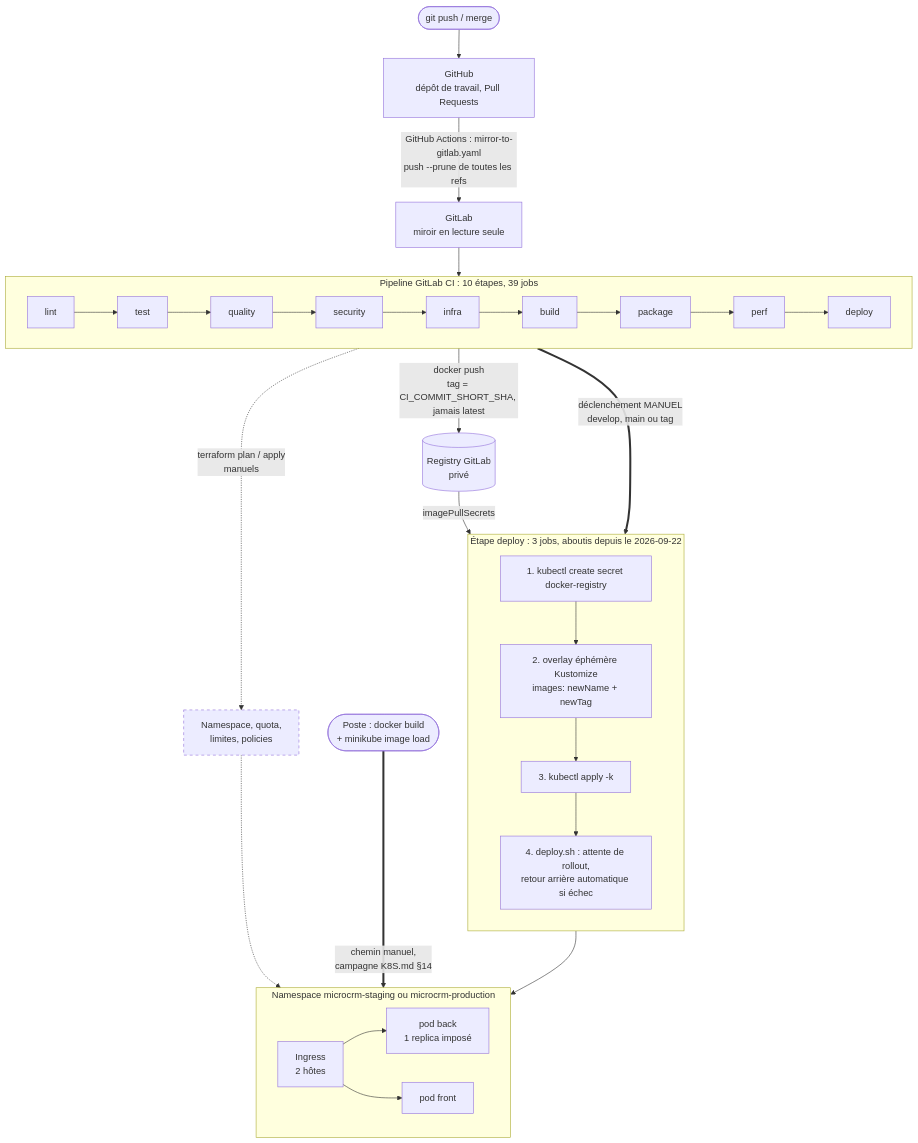
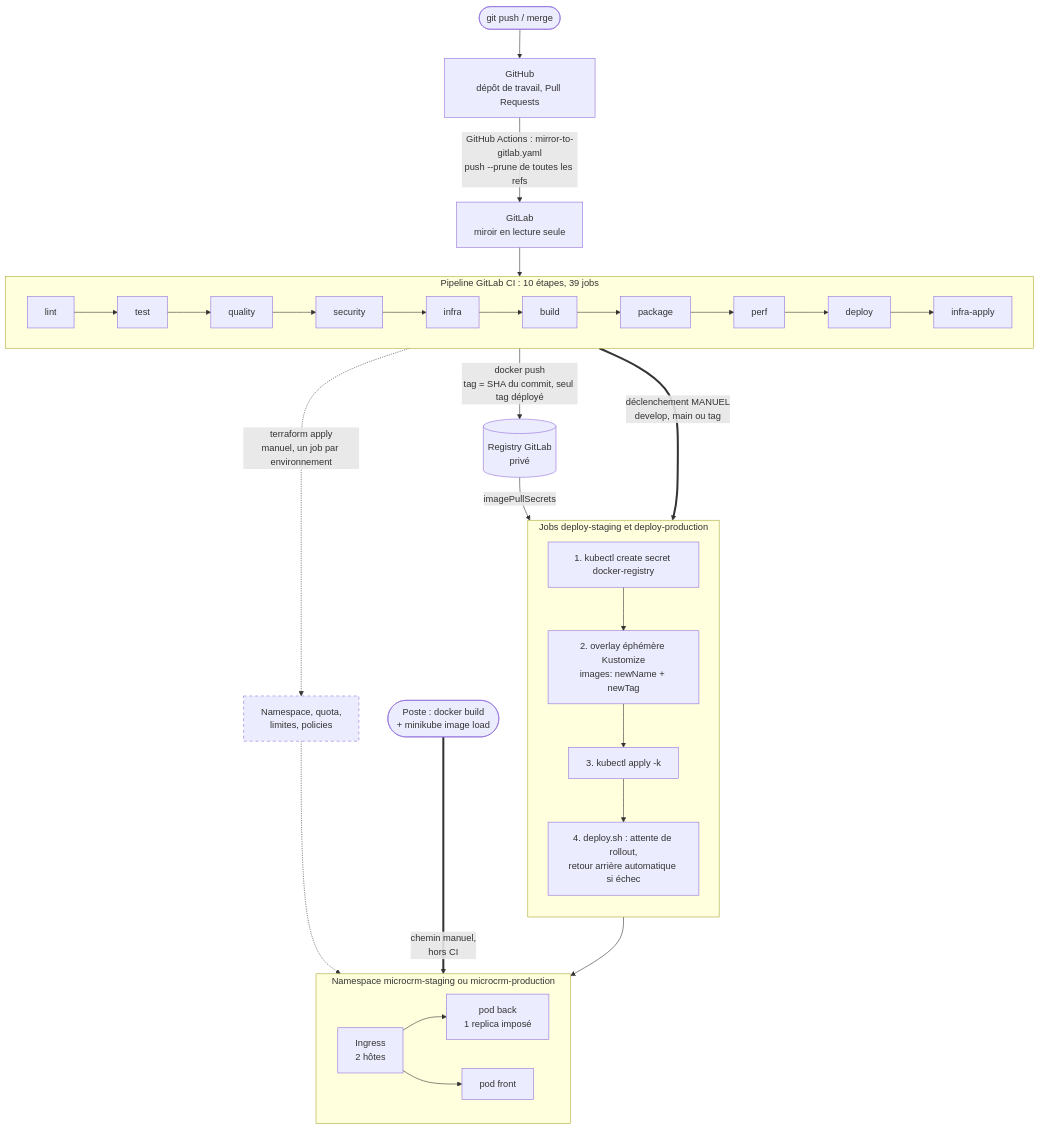
One commit to TedPasquiet/G-rez-le-cycle-de-vie-de-d-veloppement-logiciel changed the sixth of 9 diagrams in ARCHITECTURE.md. Above: the diagram before and after it, drawn with Mermaid. The commit also changed other lines of this file and 27 other files, not shown here.

````diff
--- a/ARCHITECTURE.md
+++ b/ARCHITECTURE.md
@@ -299,43 +304,43 @@
 ```mermaid
 flowchart TB
     dev(["git push / merge"]) --> gh["GitHub<br/>dépôt de travail, Pull Requests"]
     gh -->|"GitHub Actions : mirror-to-gitlab.yaml<br/>push --prune de toutes les refs"| gl["GitLab<br/>miroir en lecture seule"]
     gl --> pipe
 
     subgraph pipe["Pipeline GitLab CI : 10 étapes, 39 jobs"]
         direction LR
-        s1["lint"] --> s2["test"] --> s3["quality"] --> s4["security"] --> s5["infra"] --> s6["build"] --> s7["package"] --> s8["perf"] --> s9["deploy"]
+        s1["lint"] --> s2["test"] --> s3["quality"] --> s4["security"] --> s5["infra"] --> s6["build"] --> s7["package"] --> s8["perf"] --> s9["deploy"] --> s10["infra-apply"]
     end
 
-    s7 -->|"docker push<br/>tag = CI_COMMIT_SHORT_SHA, jamais latest"| reg[("Registry GitLab<br/>privé")]
-    s5 -.->|"terraform plan / apply<br/>manuels"| tf["Namespace, quota,<br/>limites, policies"]
+    s7 -->|"docker push<br/>tag = SHA du commit, seul tag déployé"| reg[("Registry GitLab<br/>privé")]
+    s10 -.->|"terraform apply<br/>manuel, un job par environnement"| tf["Namespace, quota,<br/>limites, policies"]
 
     s9 == "déclenchement MANUEL<br/>develop, main ou tag" ==> jobs
 
-    subgraph jobs["Étape deploy : 3 jobs, aboutis depuis le 2026-09-22"]
+    subgraph jobs["Jobs deploy-staging et deploy-production"]
         direction TB
         j1["1. kubectl create secret docker-registry"]
         j2["2. overlay éphémère Kustomize<br/>images: newName + newTag"]
         j3["3. kubectl apply -k"]
         j4["4. deploy.sh : attente de rollout,<br/>retour arrière automatique si échec"]
         j1 --> j2 --> j3 --> j4
     end
 
     reg -->|"imagePullSecrets"| j3
     tf -.-> ns
     j4 --> ns
 
     subgraph ns["Namespace microcrm-staging ou microcrm-production"]
         direction LR
         ing["Ingress<br/>2 hôtes"]
         pb["pod back<br/>1 replica imposé"]
         pf["pod front"]
         ing --> pb
         ing --> pf
     end
 
-    poste(["Poste : docker build<br/>+ minikube image load"]) ==>|"chemin manuel,<br/>campagne K8S.md §14"| ns
+    poste(["Poste : docker build<br/>+ minikube image load"]) ==>|"chemin manuel,<br/>hors CI"| ns
 
-    classDef jamais stroke-dasharray: 5 5;
-    class tf jamais;
+    classDef manuel stroke-dasharray: 5 5;
+    class tf manuel;
 ```
````
